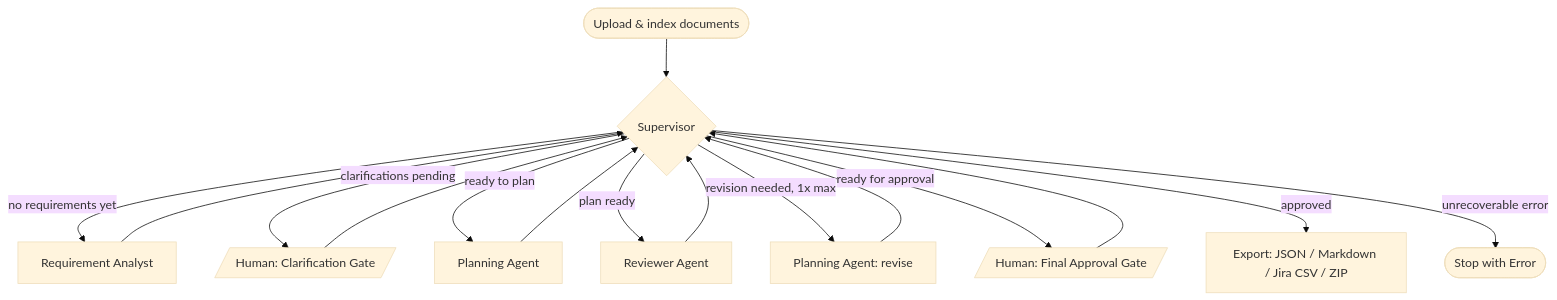
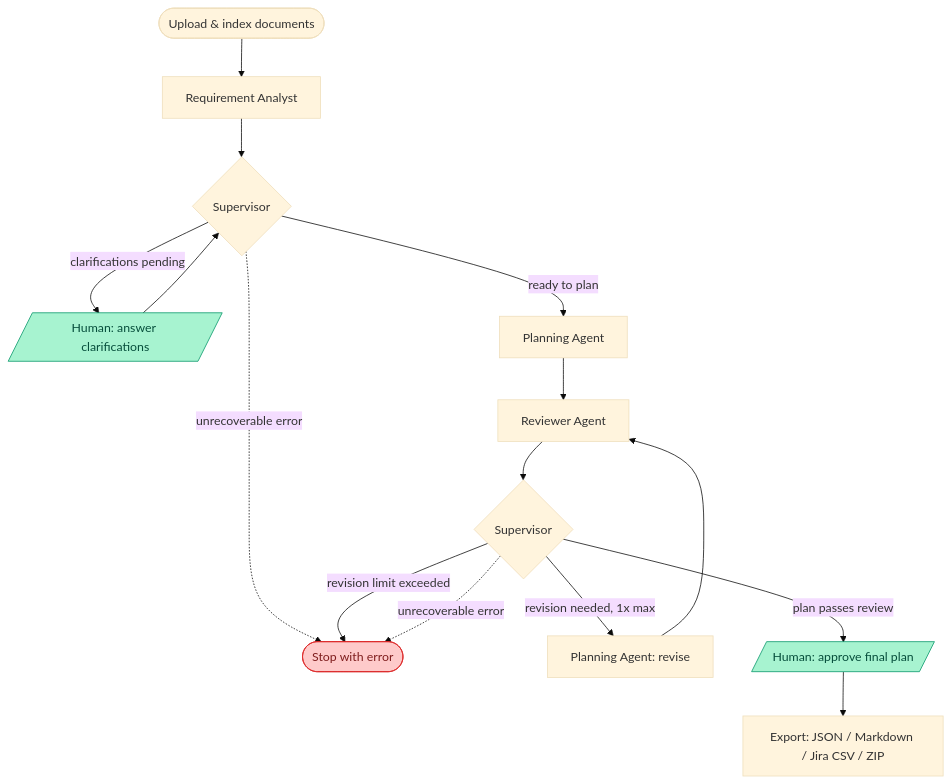
One commit to Rohan-Julius/agentic-project-planning-copilot changed the diagram in README.md. Above: the diagram before and after it, drawn with Mermaid (base theme). The commit also changed other lines of this file, not shown here.

Commit message:
docs: redesign architecture diagram for readability

````diff
--- a/README.md
+++ b/README.md
@@ -60,18 +60,22 @@
 ```mermaid
 graph TD
-    Start([Upload & index documents]) --> Supervisor{Supervisor}
-    Supervisor -->|no requirements yet| RA[Requirement Analyst]
-    RA --> Supervisor
-    Supervisor -->|clarifications pending| CG[/Human: Clarification Gate/]
-    CG --> Supervisor
-    Supervisor -->|ready to plan| Plan[Planning Agent]
-    Plan --> Supervisor
-    Supervisor -->|plan ready| Rev[Reviewer Agent]
-    Rev --> Supervisor
-    Supervisor -->|revision needed, 1x max| Revise[Planning Agent: revise]
-    Revise --> Supervisor
-    Supervisor -->|ready for approval| FG[/Human: Final Approval Gate/]
-    FG --> Supervisor
-    Supervisor -->|approved| Export[Export: JSON / Markdown / Jira CSV / ZIP]
-    Supervisor -->|unrecoverable error| Stop([Stop with Error])
+    Start([Upload & index documents]) --> RA[Requirement Analyst]
+    RA --> S1{Supervisor}
+    S1 -->|clarifications pending| CG[/Human: answer clarifications/]
+    CG --> S1
+    S1 -->|ready to plan| Plan[Planning Agent]
+    S1 -.->|unrecoverable error| Stop([Stop with error])
+    Plan --> Rev[Reviewer Agent]
+    Rev --> S2{Supervisor}
+    S2 -->|revision needed, 1x max| Revise[Planning Agent: revise]
+    Revise --> Rev
+    S2 -->|revision limit exceeded| Stop
+    S2 -->|plan passes review| FG[/Human: approve final plan/]
+    S2 -.->|unrecoverable error| Stop
+    FG --> Export[Export: JSON / Markdown / Jira CSV / ZIP]
+
+    classDef humanGate fill:#a7f3d0,stroke:#059669,color:#064e3b
+    classDef stopNode fill:#fecaca,stroke:#dc2626,color:#7f1d1d
+    class CG,FG humanGate
+    class Stop stopNode
 ```
````
